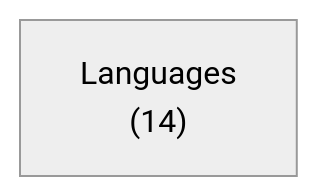
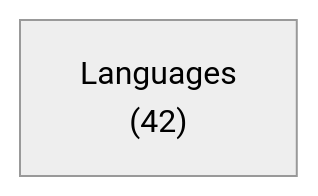
One commit to ruudkoot/rune changed the first of 2 diagrams in docs/lib/language/haskell/depends.md. Above: the diagram before and after it, drawn with Mermaid (neutral theme). The commit also changed other lines of this file and 67 other files, not shown here.

````diff
--- a/docs/lib/language/haskell/depends.md
+++ b/docs/lib/language/haskell/depends.md
@@ -24,4 +24,4 @@
 ```mermaid
 flowchart LR
-  a0["Languages<br>(14)"]
+  a0["Languages<br>(42)"]
 ```
````
